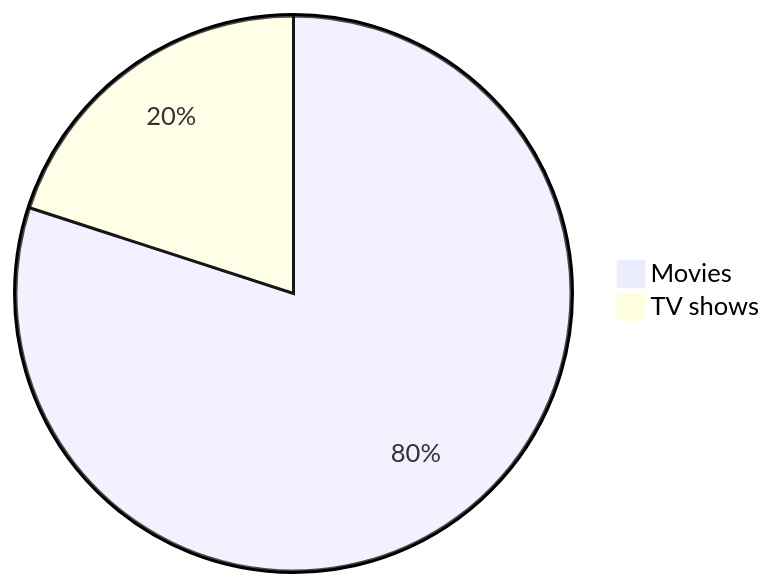
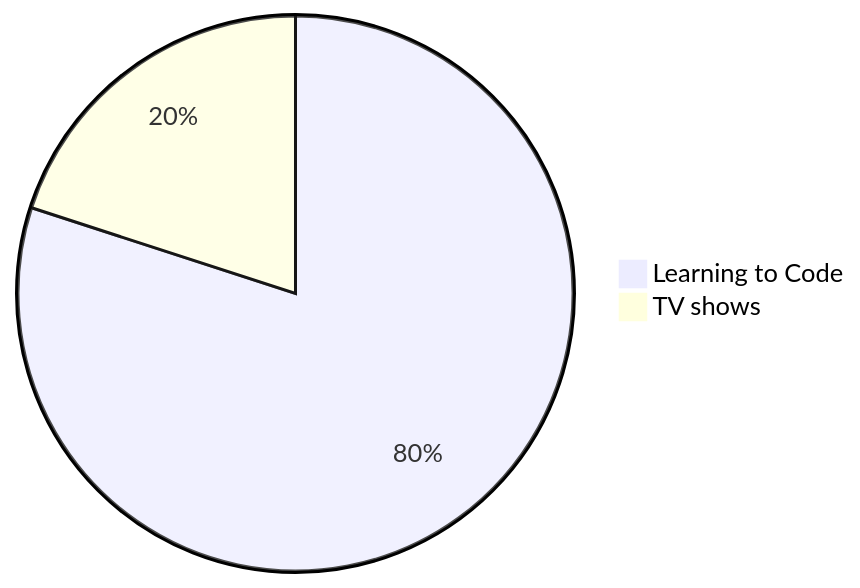
Before and after one commit to BowBoyCode/CoDe-Repo: the diagram in README.md, drawn with Mermaid.

````diff
--- a/README.md
+++ b/README.md
@@ -15,5 +15,5 @@
 ```mermaid
 pie
-"Movies" : 80
+"Learning to Code" : 80
 "TV shows" : 20
 ```
````
